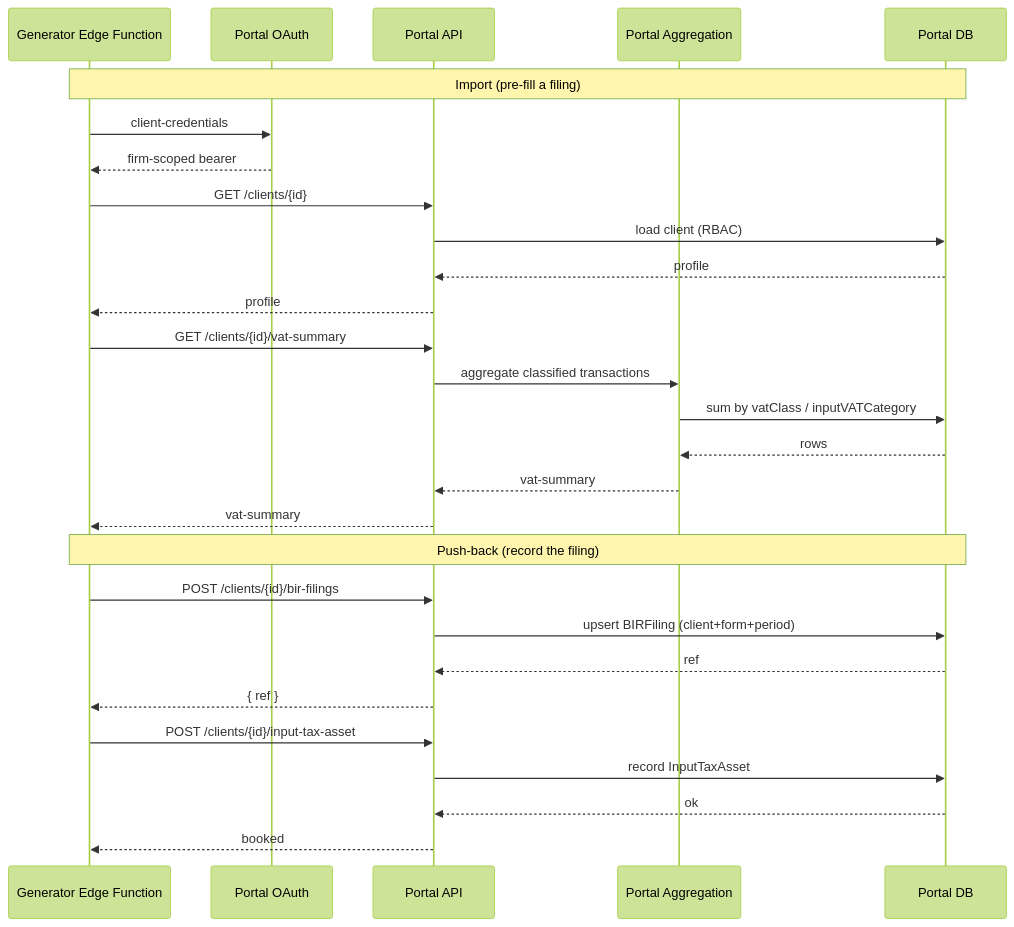
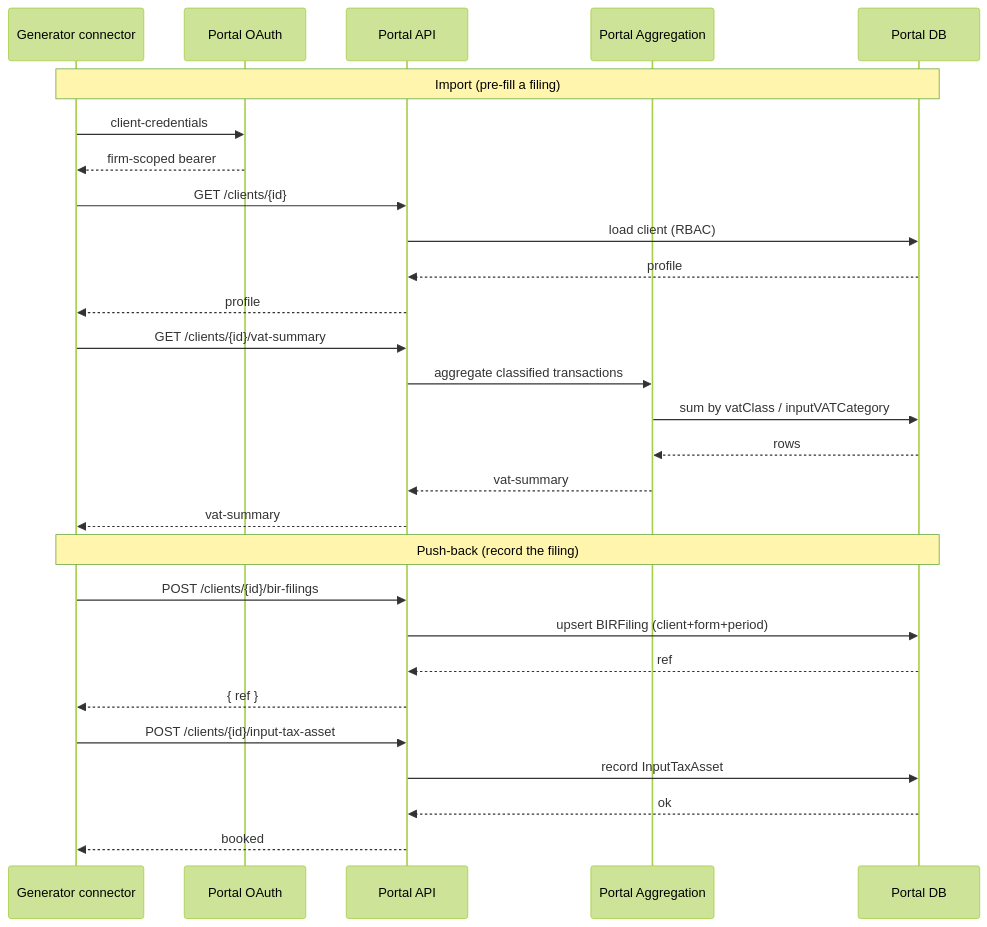
One commit to markchrc2025/Accounting-Firm-Portal changed diagram 14 of 14 in docs/system-design.md. Above: the diagram before and after it, drawn with Mermaid (forest theme). The commit also changed other lines of this file and 1 other file, not shown here.

````diff
--- a/docs/system-design.md
+++ b/docs/system-design.md
@@ -1245,32 +1247,32 @@
 ```mermaid
 sequenceDiagram
-    participant EF as Generator Edge Function
+    participant EF as Generator connector
     participant OA as Portal OAuth
     participant API as Portal API
     participant AGG as Portal Aggregation
     participant DB as Portal DB
 
     Note over EF,DB: Import (pre-fill a filing)
     EF->>OA: client-credentials
     OA-->>EF: firm-scoped bearer
     EF->>API: GET /clients/{id}
     API->>DB: load client (RBAC)
     DB-->>API: profile
     API-->>EF: profile
     EF->>API: GET /clients/{id}/vat-summary
     API->>AGG: aggregate classified transactions
     AGG->>DB: sum by vatClass / inputVATCategory
     DB-->>AGG: rows
     AGG-->>API: vat-summary
     API-->>EF: vat-summary
 
     Note over EF,DB: Push-back (record the filing)
     EF->>API: POST /clients/{id}/bir-filings
     API->>DB: upsert BIRFiling (client+form+period)
     DB-->>API: ref
     API-->>EF: { ref }
     EF->>API: POST /clients/{id}/input-tax-asset
     API->>DB: record InputTaxAsset
     DB-->>API: ok
     API-->>EF: booked
 ```
````
